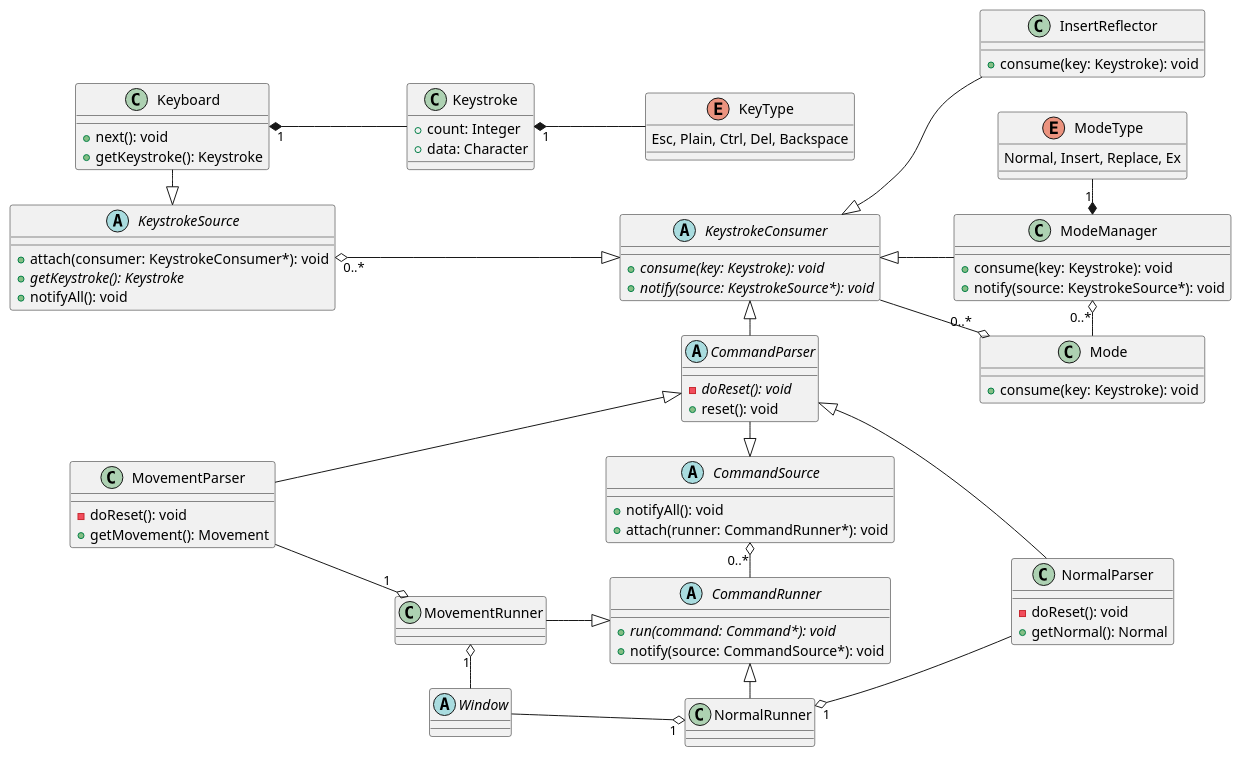
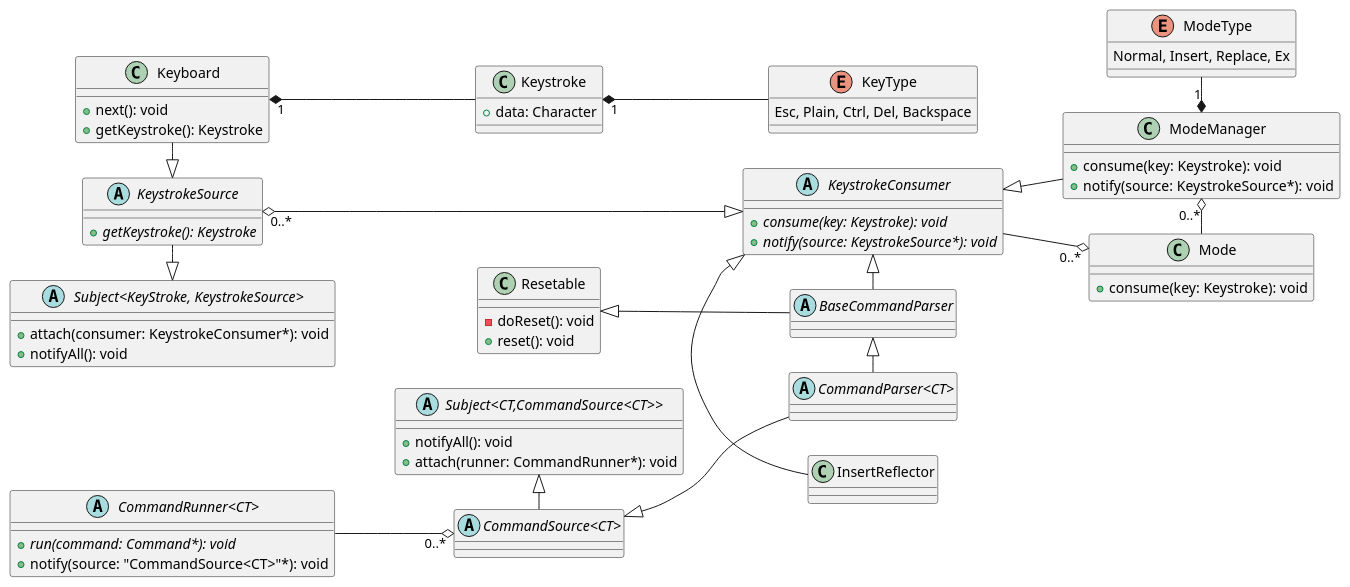
One commit to raywang999/VM changed the second of 9 diagrams in uml.md. Above: the diagram before and after it, drawn with PlantUML. The commit also changed other lines of this file and 33 other files, not shown here.

````diff
--- a/uml.md
+++ b/uml.md
@@ -35,78 +65,68 @@
 ```plantuml 
-abstract Window
 class Keyboard{
   +next(): void
   +getKeystroke(): Keystroke
+}
+class Resetable {
+  -doReset(): void 
+  +reset(): void
 }
 left to right direction
 enum KeyType {
   Esc, Plain, Ctrl, Del, Backspace
 }
 class Keystroke {
-  +count: Integer
   +data: Character
 }
+abstract "Subject<KeyStroke, KeystrokeSource>"{
+  +attach(consumer: KeystrokeConsumer*): void
+  +notifyAll(): void
+}
 abstract KeystrokeSource{
-  +attach(consumer: KeystrokeConsumer*): void
   {abstract}+getKeystroke(): Keystroke
-  +notifyAll(): void
 }
 Keystroke "1" *-- KeyType
 Keyboard "1" *-- Keystroke
 Keyboard -|> KeystrokeSource 
 abstract KeystrokeConsumer{
   {abstract}+consume(key: Keystroke): void
   {abstract}+notify(source: KeystrokeSource*): void
 }
 KeystrokeSource "0..*" o---|> KeystrokeConsumer
 abstract Mode{}
-abstract CommandParser{
-  {abstract}-doReset(): void
-  +reset(): void
-}
-class NormalParser {
-  -doReset(): void
-  +getNormal(): Normal
-}
-class MovementParser {
-  -doReset(): void
-  +getMovement(): Movement
-}
+abstract "CommandParser<CT>"{ }
 class ModeManager{
   +consume(key: Keystroke): void
   +notify(source: KeystrokeSource*): void
 }
+class InsertReflector
+KeystrokeConsumer <|- InsertReflector
 enum ModeType{
   Normal, Insert, Replace, Ex
 }
 ModeType "1" -* ModeManager
 class Mode {
   +consume(key: Keystroke): void
 }
-KeystrokeConsumer <|- CommandParser 
 ModeManager "0..*" o- Mode 
 KeystrokeConsumer <|-- ModeManager
-abstract CommandSource{
+abstract BaseCommandParser
+abstract "CommandSource<CT>"{
+}
+KeystrokeConsumer --o "0..*" Mode 
+abstract "CommandRunner<CT>"{
+  {abstract}+run(command: Command*): void
+  +notify(source: "CommandSource<CT>"*): void
+}
+KeystrokeSource -|> "Subject<KeyStroke, KeystrokeSource>"
+"CommandSource<CT>" <|--"CommandParser<CT>"  
+Resetable <|-- BaseCommandParser
+BaseCommandParser <|-"CommandParser<CT>"
+KeystrokeConsumer <|- BaseCommandParser
+"CommandRunner<CT>" --o "0..*""CommandSource<CT>" 
+abstract "Subject<CT,CommandSource<CT>>" {
   +notifyAll(): void
   +attach(runner: CommandRunner*): void
 }
-KeystrokeConsumer --o "0..*" Mode 
-CommandParser -|> CommandSource 
-abstract CommandRunner{
-  {abstract}+run(command: Command*): void
-  +notify(source: CommandSource*): void
-}
-CommandSource "0..*" o- CommandRunner
-MovementParser --|> CommandParser
-CommandRunner <|- NormalRunner 
-MovementRunner --|> CommandRunner 
-MovementRunner "1" o- Window
-Window --o "1" NormalRunner 
-MovementParser --o "1" MovementRunner 
-class InsertReflector {
-  +consume(key: Keystroke): void
-}
-KeystrokeConsumer <|-- InsertReflector 
-CommandParser <|-- NormalParser
-NormalRunner "1" o-- NormalParser 
+"Subject<CT,CommandSource<CT>>" <|- "CommandSource<CT>"
 ```
````
